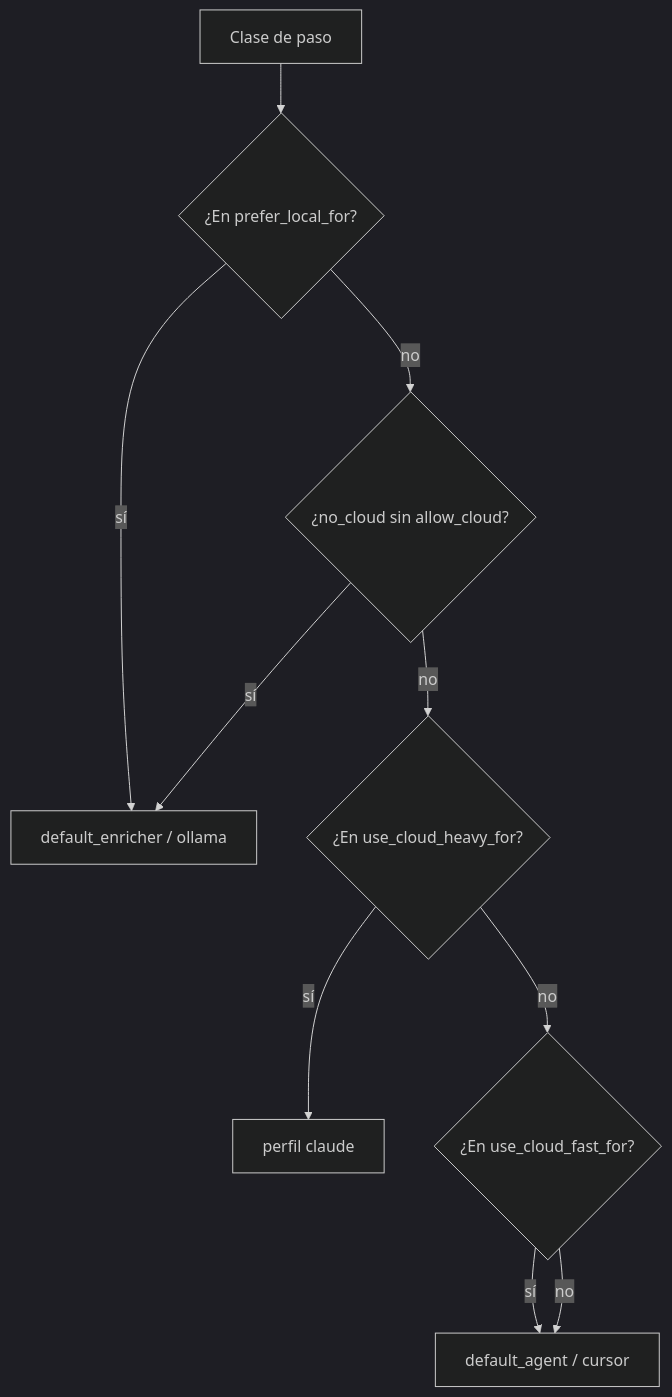
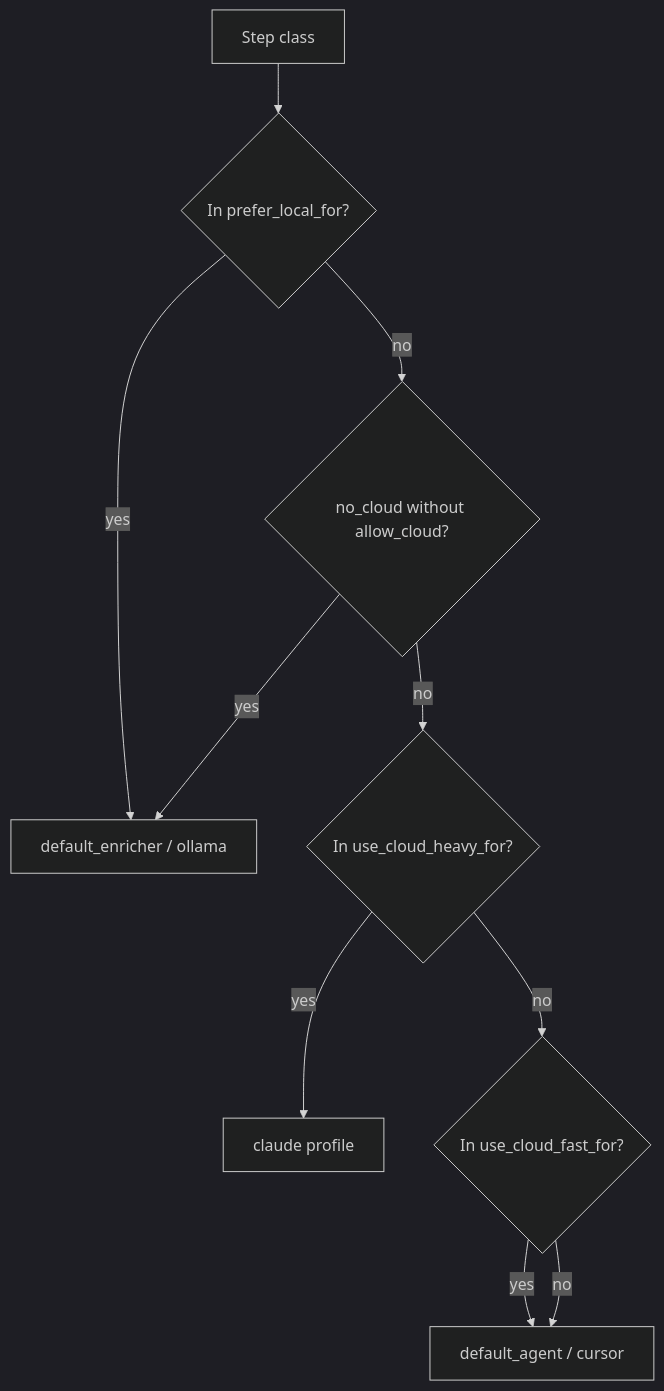
The diagram in docs-site/content/docs/es/configuration/routing.mdx (LaProgrammerie/asagiri), drawn with Mermaid (dark theme) before and after one commit. The commit also changed other lines of this file and 148 other files, not shown here.

````diff
--- a/docs-site/content/docs/es/configuration/routing.mdx
+++ b/docs-site/content/docs/es/configuration/routing.mdx
@@ -26,12 +30,12 @@
 ```mermaid
 flowchart TD
-  A[Clase de paso] --> B{¿En prefer_local_for?}
-  B -->|sí| C[default_enricher / ollama]
-  B -->|no| D{¿no_cloud sin allow_cloud?}
-  D -->|sí| C
-  D -->|no| E{¿En use_cloud_heavy_for?}
-  E -->|sí| F[perfil claude]
-  E -->|no| G{¿En use_cloud_fast_for?}
-  G -->|sí| H[default_agent / cursor]
+  A[Step class] --> B{In prefer_local_for?}
+  B -->|yes| C[default_enricher / ollama]
+  B -->|no| D{no_cloud without allow_cloud?}
+  D -->|yes| C
+  D -->|no| E{In use_cloud_heavy_for?}
+  E -->|yes| F[claude profile]
+  E -->|no| G{In use_cloud_fast_for?}
+  G -->|yes| H[default_agent / cursor]
   G -->|no| H
 ```
````
